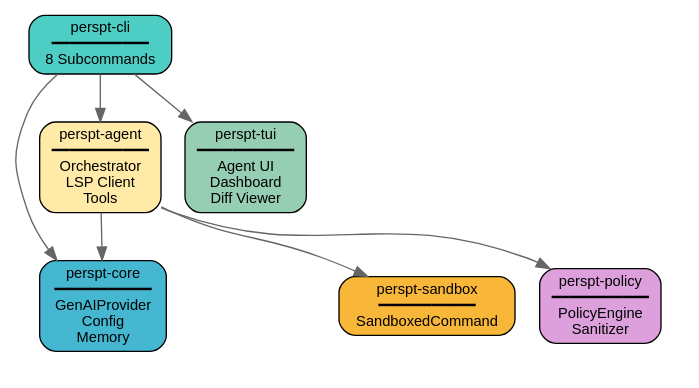
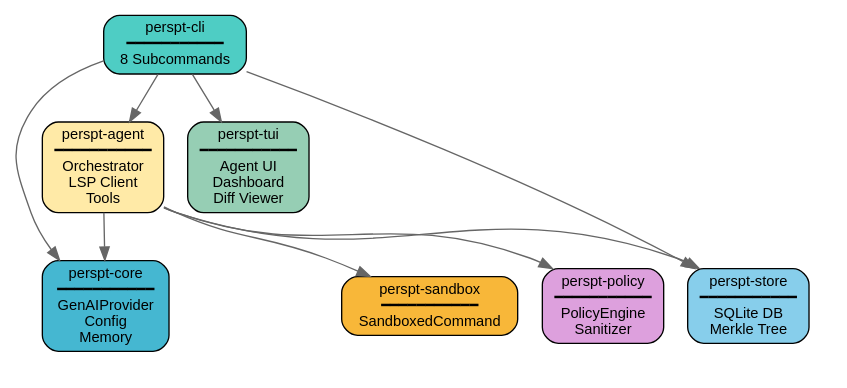
The second of 3 diagrams in docs/perspt_book/source/developer-guide/architecture.rst (eonseed/perspt), drawn with Graphviz before and after one commit. The commit also changed other lines of this file and 25 other files, not shown here.

First line of the commit message:
docs: comprehensive update to 7-crate architecture and PDF generation fixes

```diff
--- a/docs/perspt_book/source/developer-guide/architecture.rst
+++ b/docs/perspt_book/source/developer-guide/architecture.rst
@@ -35,33 +36,36 @@
 .. graphviz::
    :align: center
    :caption: Crate Dependencies
 
    digraph dependencies {
        rankdir=TB;
        node [shape=box, style="rounded,filled", fontname="Helvetica", fontsize=11];
        edge [color="#666666"];
        
        cli [label="perspt-cli\n━━━━━━━━━━━\n8 Subcommands", fillcolor="#4ECDC4"];
        
        subgraph cluster_middle {
            rank=same;
            style=invis;
            tui [label="perspt-tui\n━━━━━━━━━━━\nAgent UI\nDashboard\nDiff Viewer", fillcolor="#96CEB4"];
            agent [label="perspt-agent\n━━━━━━━━━━━\nOrchestrator\nLSP Client\nTools", fillcolor="#FFEAA7"];
            core [label="perspt-core\n━━━━━━━━━━━\nGenAIProvider\nConfig\nMemory", fillcolor="#45B7D1"];
        }
        
        subgraph cluster_bottom {
            rank=same;
            style=invis;
            policy [label="perspt-policy\n━━━━━━━━━━━\nPolicyEngine\nSanitizer", fillcolor="#DDA0DD"];
            sandbox [label="perspt-sandbox\n━━━━━━━━━━━\nSandboxedCommand", fillcolor="#F8B739"];
+           store [label="perspt-store\n━━━━━━━━━━━\nSQLite DB\nMerkle Tree", fillcolor="#87CEEB"];
        }
        
        cli -> tui;
        cli -> agent;
        cli -> core;
+       cli -> store;
        agent -> policy;
        agent -> sandbox;
        agent -> core;
+       agent -> store;
    }
```
